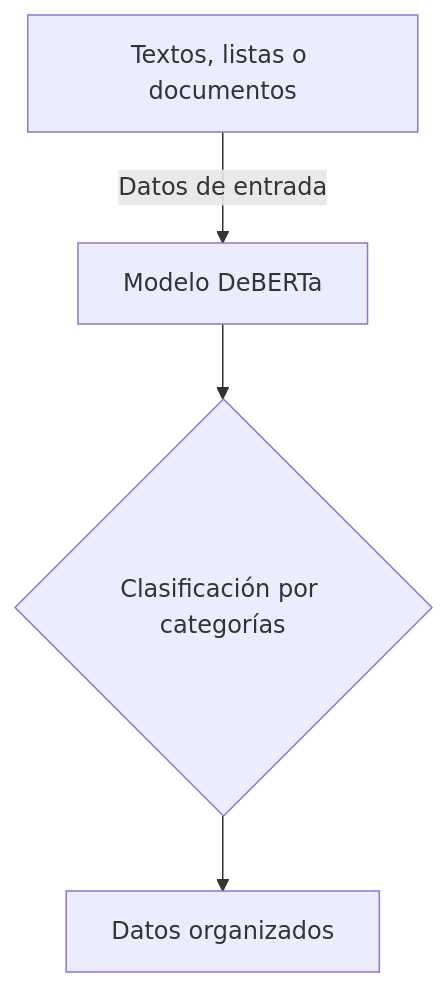
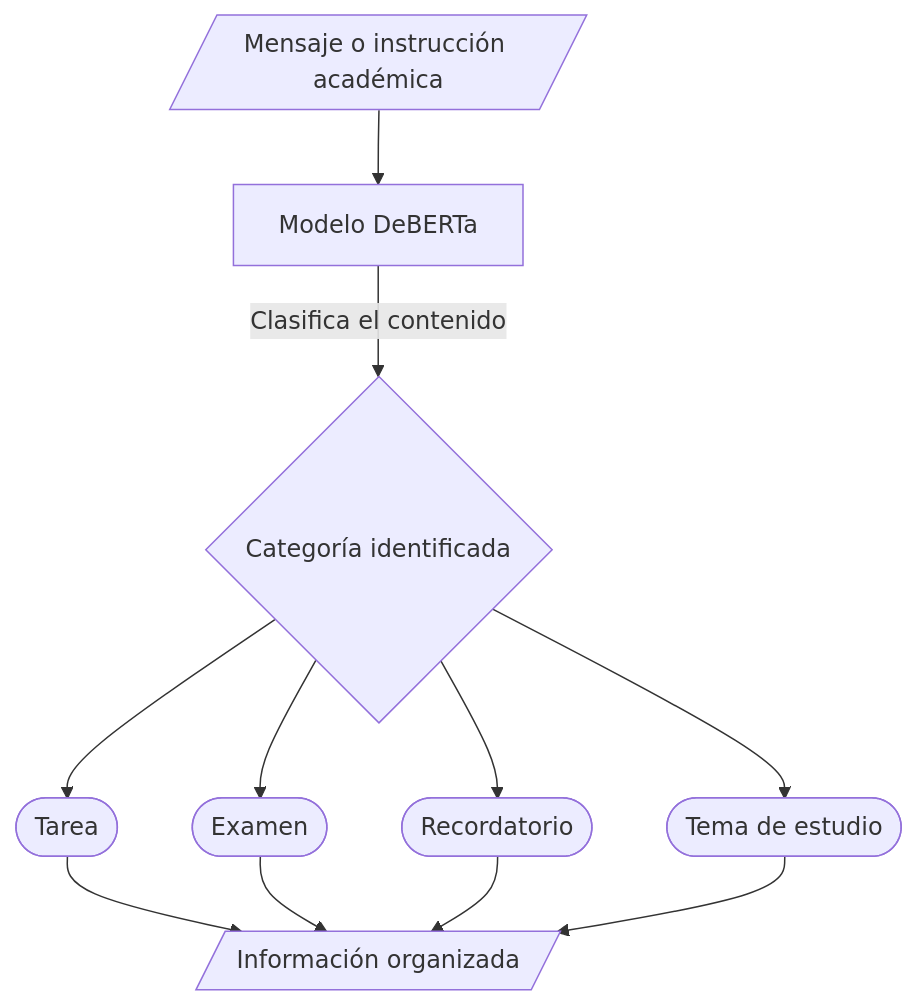
The diagram in README.md (mnolotajo/1050--equipo67---proyecto-), drawn with Mermaid before and after one commit. The commit also changed other lines of this file, not shown here.

````diff
--- a/README.md
+++ b/README.md
@@ -41,6 +42,13 @@
 ```mermaid
 flowchart TD
-    A[Textos, listas o documentos] -->|Datos de entrada| B[Modelo DeBERTa]
-    B --> C{Clasificación por categorías}
-    C --> D[Datos organizados]
+    A[/Mensaje o instrucción académica/] --> B[Modelo DeBERTa]
+    B -->|Clasifica el contenido| C{Categoría identificada}
+    C --> D([Tarea])
+    C --> E([Examen])
+    C --> F([Recordatorio])
+    C --> G([Tema de estudio])
+    D --> H[/Información organizada/]
+    E --> H
+    F --> H
+    G --> H
 ```
````
